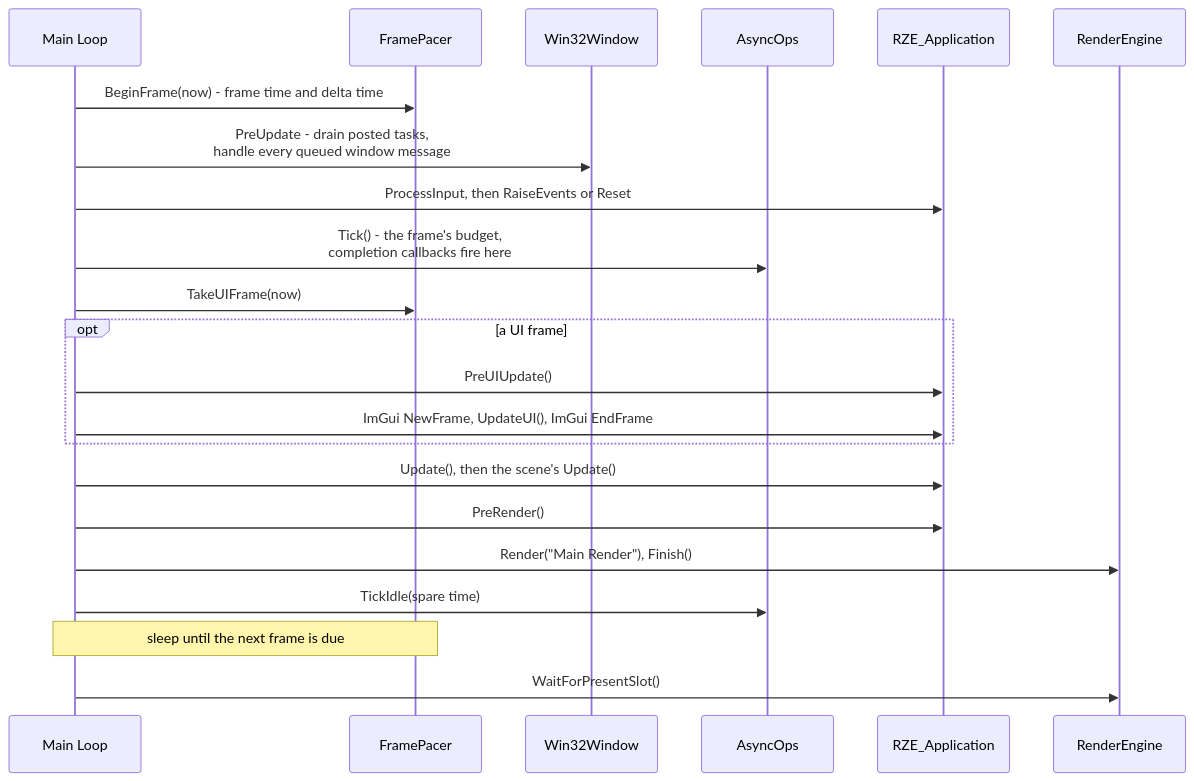
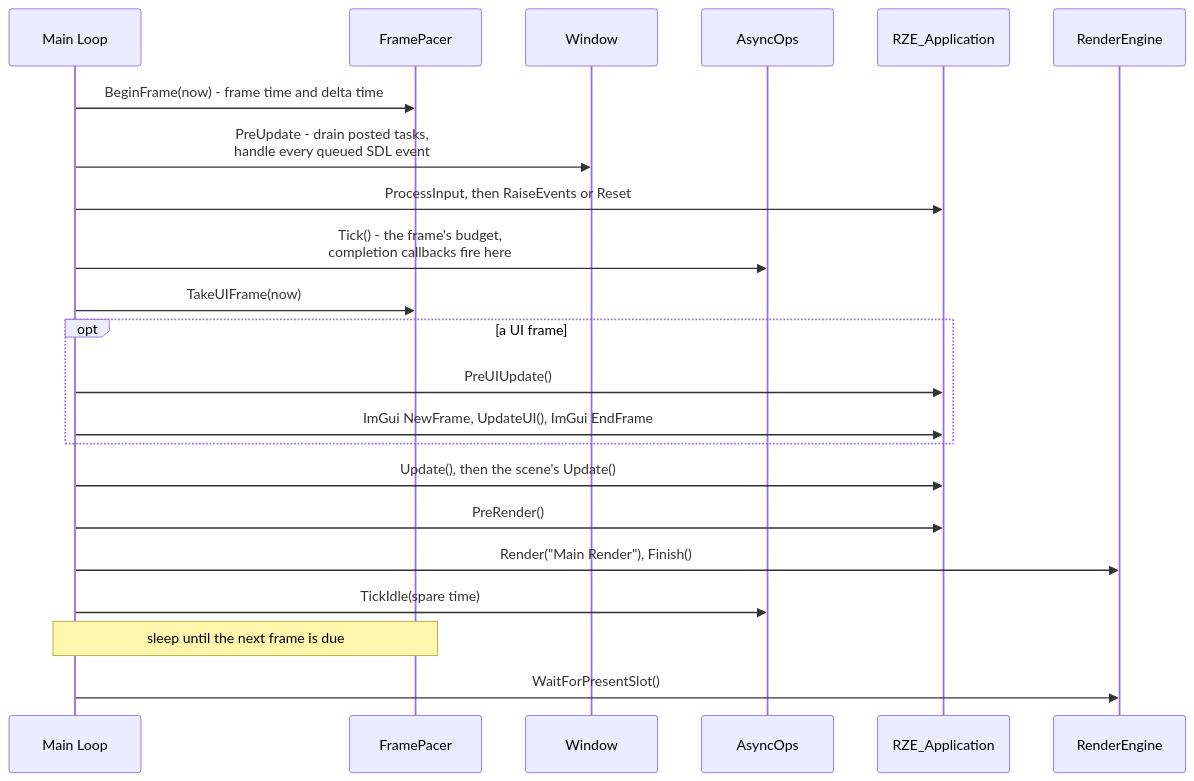
Before and after one commit to b1nary0/RZE: the second of 3 diagrams in Docs/Generated/Engine/02-Architecture/Engine-Startup-And-Frame-Loop.md, drawn with Mermaid. The commit also changed other lines of this file and 8 other files, not shown here.

````diff
--- a/Docs/Generated/Engine/02-Architecture/Engine-Startup-And-Frame-Loop.md
+++ b/Docs/Generated/Engine/02-Architecture/Engine-Startup-And-Frame-Loop.md
@@ -100,26 +100,26 @@
 ```mermaid
 %%{init: {'flowchart': {'subGraphTitleMargin': {'top': 6, 'bottom': 10}}, 'themeCSS': '.labelBkg, .edgeLabel { background-color: var(--background-primary) !important; } .messageText, .labelText, .loopText { paint-order: stroke; stroke: var(--background-primary); stroke-width: 5px; stroke-linejoin: round; }'}}%%
 sequenceDiagram
     participant ML as Main Loop
     participant FP as FramePacer
-    participant Win as Win32Window
+    participant Win as Window
     participant Async as AsyncOps
     participant App as RZE_Application
     participant RE as RenderEngine
 
     ML->>FP: BeginFrame(now) - frame time and delta time
-    ML->>Win: PreUpdate - drain posted tasks,<br/>handle every queued window message
+    ML->>Win: PreUpdate - drain posted tasks,<br/>handle every queued SDL event
     ML->>App: ProcessInput, then RaiseEvents or Reset
     ML->>Async: Tick() - the frame's budget,<br/>completion callbacks fire here
     ML->>FP: TakeUIFrame(now)
     opt a UI frame
         ML->>App: PreUIUpdate()
         ML->>App: ImGui NewFrame, UpdateUI(), ImGui EndFrame
     end
     ML->>App: Update(), then the scene's Update()
     ML->>App: PreRender()
     ML->>RE: Render("Main Render"), Finish()
     ML->>Async: TickIdle(spare time)
     Note over ML,FP: sleep until the next frame is due
     ML->>RE: WaitForPresentSlot()
 ```
````
